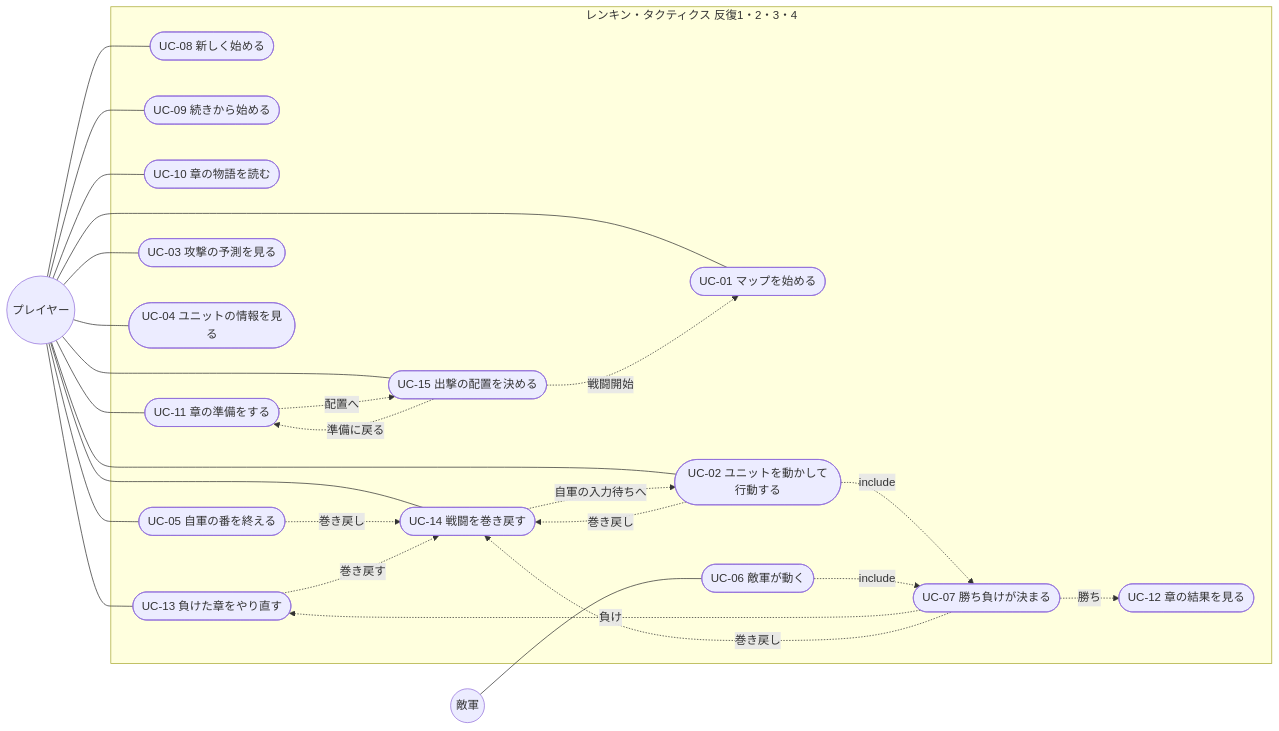
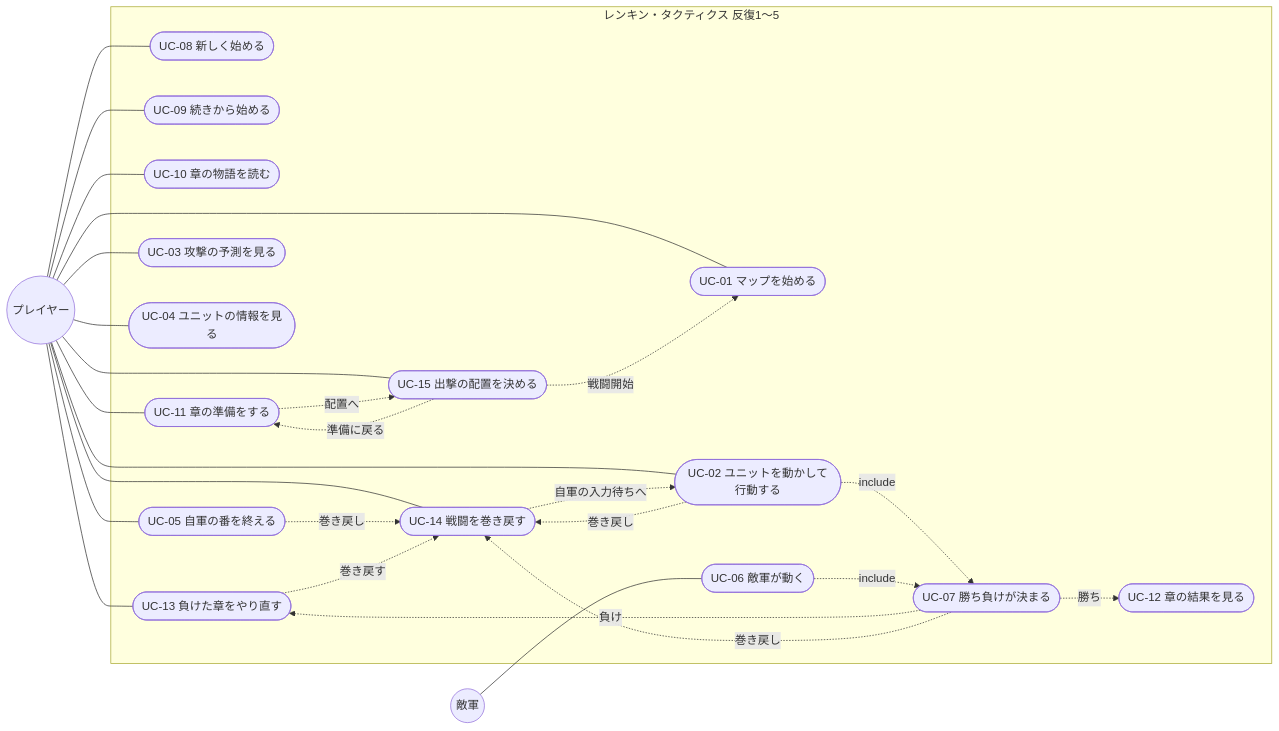
One commit to sakana396/renkin_tactics changed the diagram in docs/02_requirements/use-cases.md. Above: the diagram before and after it, drawn with Mermaid. The commit also changed other lines of this file and 5 other files, not shown here.

````diff
--- a/docs/02_requirements/use-cases.md
+++ b/docs/02_requirements/use-cases.md
@@ -17,47 +17,47 @@
 ```mermaid
 flowchart LR
   P((プレイヤー))
   E((敵軍))
-  subgraph RT[レンキン・タクティクス 反復1・2・3・4]
+  subgraph RT[レンキン・タクティクス 反復1〜5]
     UC08([UC-08 新しく始める])
     UC09([UC-09 続きから始める])
     UC10([UC-10 章の物語を読む])
     UC11([UC-11 章の準備をする])
     UC01([UC-01 マップを始める])
     UC02([UC-02 ユニットを動かして行動する])
     UC03([UC-03 攻撃の予測を見る])
     UC04([UC-04 ユニットの情報を見る])
     UC05([UC-05 自軍の番を終える])
     UC06([UC-06 敵軍が動く])
     UC07([UC-07 勝ち負けが決まる])
     UC12([UC-12 章の結果を見る])
     UC13([UC-13 負けた章をやり直す])
     UC14([UC-14 戦闘を巻き戻す])
     UC15([UC-15 出撃の配置を決める])
   end
   P --- UC08
   P --- UC09
   P --- UC10
   P --- UC11
   P --- UC13
   P --- UC14
   P --- UC15
   P --- UC01
   P --- UC02
   P --- UC03
   P --- UC04
   P --- UC05
   E --- UC06
   UC02 -.include.-> UC07
   UC06 -.include.-> UC07
   UC07 -.勝ち.-> UC12
   UC07 -.負け.-> UC13
   UC11 -.配置へ.-> UC15
   UC15 -.戦闘開始.-> UC01
   UC15 -.準備に戻る.-> UC11
   UC02 -.巻き戻し.-> UC14
   UC05 -.巻き戻し.-> UC14
   UC07 -.巻き戻し.-> UC14
   UC13 -.巻き戻す.-> UC14
   UC14 -.自軍の入力待ちへ.-> UC02
 ```
````
